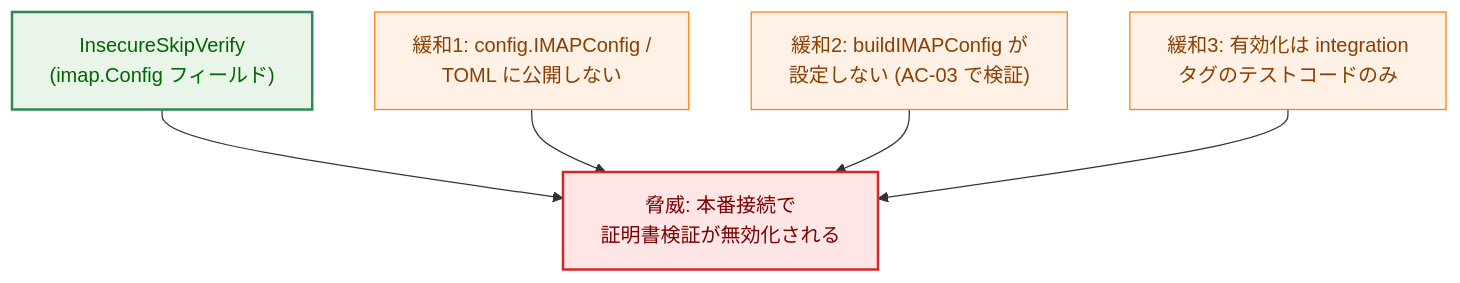
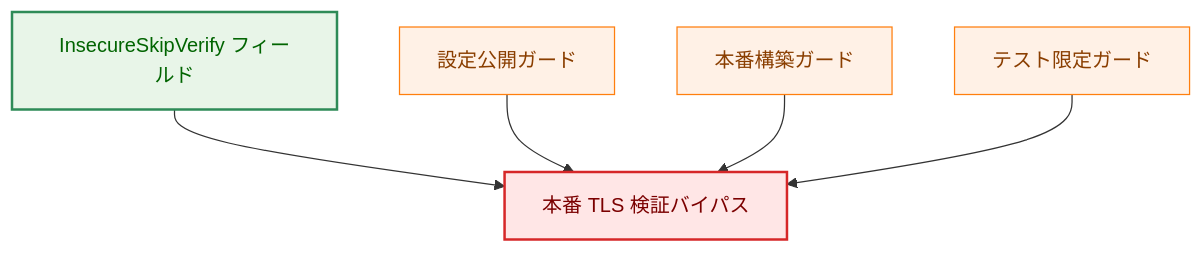
Before and after one commit to isseis/tlsrpt-digest: the eighth of 14 diagrams in docs/tasks/0090_imap_integration/02_architecture.md, drawn with Mermaid. The commit also changed other lines of this file, not shown here.

First line of the commit message:
docs(task 0090): refine architecture doc based on review feedback

````diff
--- a/docs/tasks/0090_imap_integration/02_architecture.md
+++ b/docs/tasks/0090_imap_integration/02_architecture.md
@@ -275,22 +297,22 @@
 ```mermaid
 flowchart TD
     classDef data fill:#e6f7ff,stroke:#1f77b4,stroke-width:1px,color:#0b3d91;
     classDef process fill:#fff1e6,stroke:#ff7f0e,stroke-width:1px,color:#8a3e00;
     classDef enhanced fill:#e8f5e8,stroke:#2e8b57,stroke-width:2px,color:#006400;
     classDef problem fill:#ffe6e6,stroke:#d62728,stroke-width:2px,color:#7b0000;
 
-    FIELD["InsecureSkipVerify<br>(imap.Config フィールド)"]
-    THREAT["脅威: 本番接続で<br>証明書検証が無効化される"]
-    M1["緩和1: config.IMAPConfig /<br>TOML に公開しない"]
-    M2["緩和2: buildIMAPConfig が<br>設定しない (AC-03 で検証)"]
-    M3["緩和3: 有効化は integration<br>タグのテストコードのみ"]
+    FIELD["InsecureSkipVerify フィールド"]
+    THREAT["本番 TLS 検証バイパス"]
+    M1["設定公開ガード"]
+    M2["本番構築ガード"]
+    M3["テスト限定ガード"]
 
     FIELD --> THREAT
     M1 --> THREAT
     M2 --> THREAT
     M3 --> THREAT
 
     class FIELD enhanced
     class THREAT problem
     class M1,M2,M3 process
 ```
````
